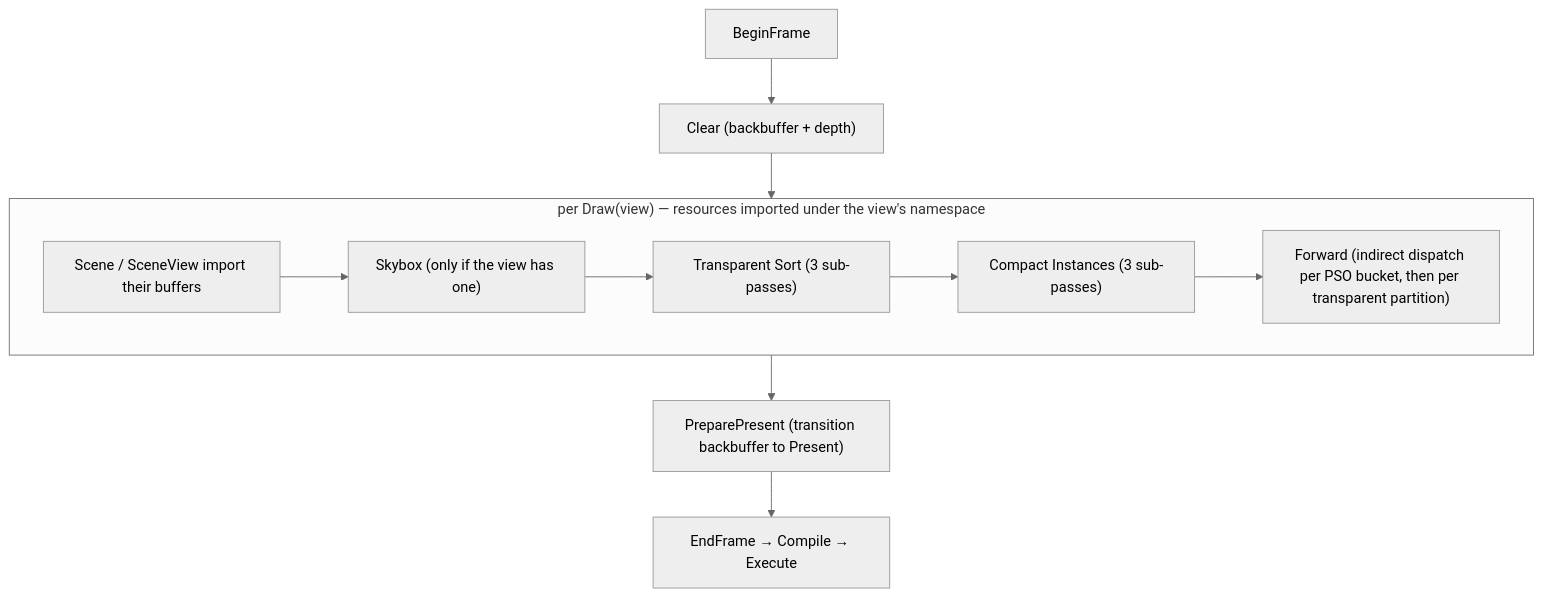
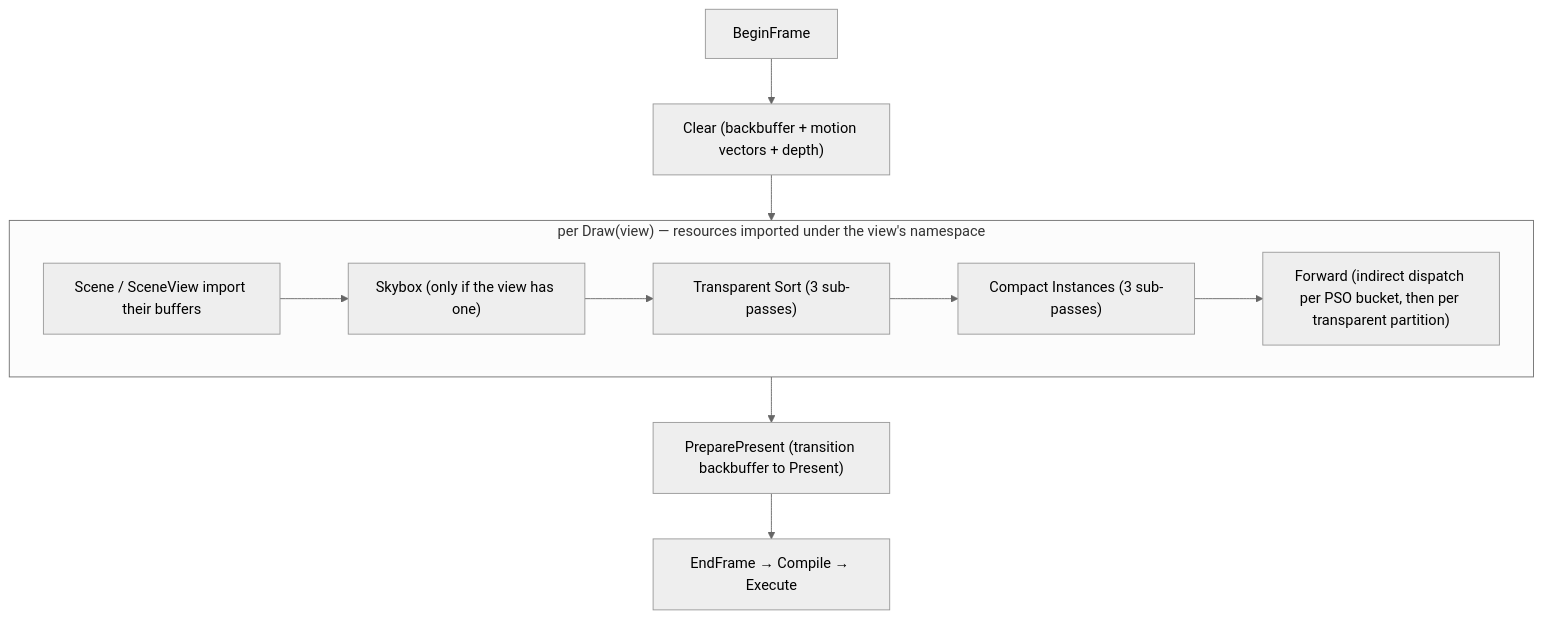
The diagram in docs/passes.md (alexjiang200407/bernini), drawn with Mermaid (neutral theme) before and after one commit. The commit also changed other lines of this file and 27 other files, not shown here.

First line of the commit message:
feat(bgl): motion vectors for static geometry (#105)

````diff
--- a/docs/passes.md
+++ b/docs/passes.md
@@ -24,13 +24,13 @@
 ```mermaid
 flowchart TD
-    BF["BeginFrame"] --> CLR["Clear (backbuffer + depth)"]
+    BF["BeginFrame"] --> CLR["Clear (backbuffer + motion vectors + depth)"]
     CLR --> D["per Draw(view)"]
     subgraph D["per Draw(view) — resources imported under the view's namespace"]
         IMP["Scene / SceneView import their buffers"] --> SKY["Skybox (only if the view has one)"]
         SKY --> TS["Transparent Sort (3 sub-passes)"]
         TS --> CI["Compact Instances (3 sub-passes)"]
         CI --> FWD["Forward (indirect dispatch per PSO bucket, then per transparent partition)"]
     end
     D --> PP["PreparePresent (transition backbuffer to Present)"]
     PP --> EF["EndFrame → Compile → Execute"]
 ```
````
